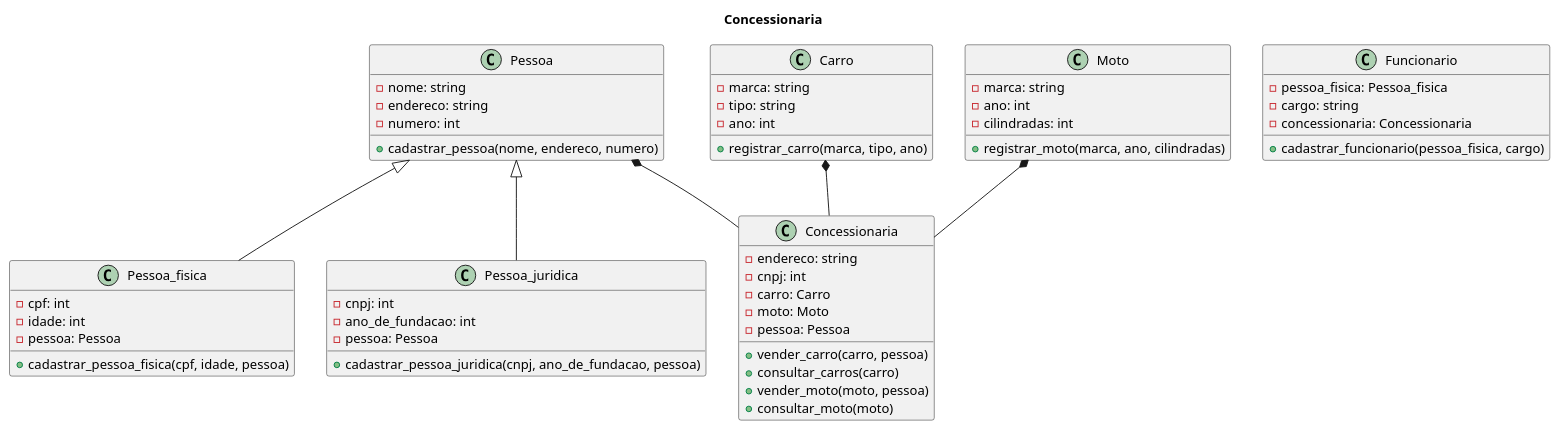
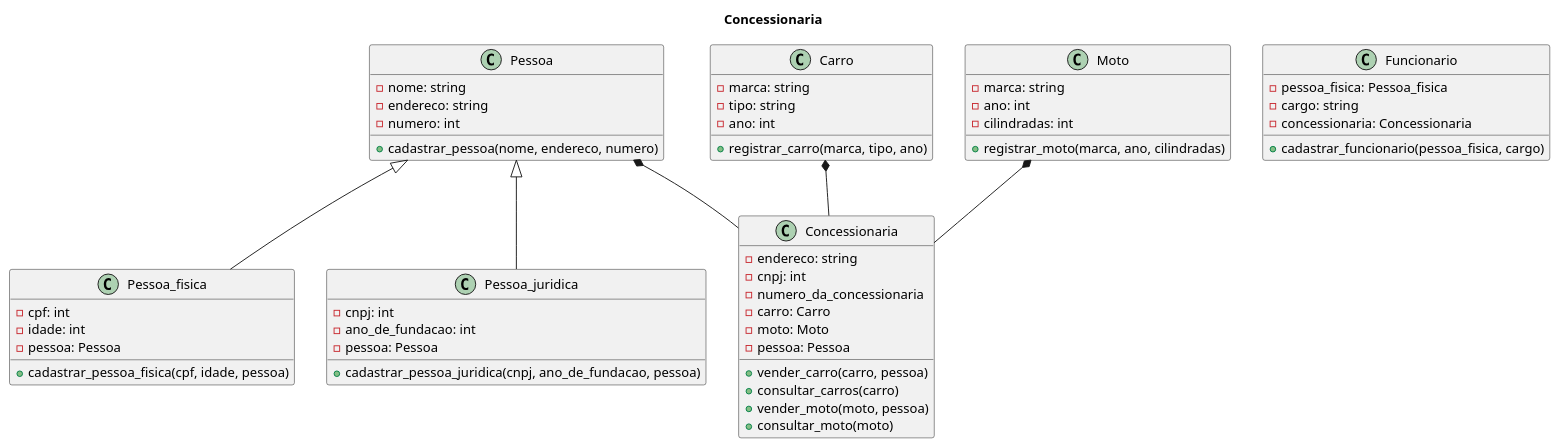
Before and after one commit to anleaes/2023-1-N1-POO-08: the diagram in plantum.plantuml, drawn with PlantUML. The commit also changed 8 other files, not shown here.

```diff
--- a/plantum.plantuml
+++ b/plantum.plantuml
@@ -1,62 +1,63 @@
 @startuml trabalho
 
 title Concessionaria
 
 class Pessoa{
     - nome: string
     - endereco: string
     - numero: int
     + cadastrar_pessoa(nome, endereco, numero)
 
 }
 class Pessoa_fisica{
     - cpf: int
     - idade: int
     - pessoa: Pessoa
     + cadastrar_pessoa_fisica(cpf, idade, pessoa)
 }
 class Pessoa_juridica{
     - cnpj: int
     - ano_de_fundacao: int
     - pessoa: Pessoa
     + cadastrar_pessoa_juridica(cnpj, ano_de_fundacao, pessoa)
 }
 class Funcionario{
     - pessoa_fisica: Pessoa_fisica
     - cargo: string
     - concessionaria: Concessionaria
     + cadastrar_funcionario(pessoa_fisica, cargo)
 }
 class Carro{
     - marca: string
     - tipo: string
     - ano: int
     + registrar_carro(marca, tipo, ano)
 }
 class Moto{
     - marca: string
     - ano: int
     - cilindradas: int
     + registrar_moto(marca, ano, cilindradas)
 
 }
 class Concessionaria{
     - endereco: string
     - cnpj: int
+    - numero_da_concessionaria
     - carro: Carro
     - moto: Moto
     - pessoa: Pessoa
     + vender_carro(carro, pessoa)
     + consultar_carros(carro)
     + vender_moto(moto, pessoa)
     + consultar_moto(moto)
 
 }
 
 Pessoa <|-- Pessoa_fisica
 Pessoa <|-- Pessoa_juridica
 Pessoa *-- Concessionaria
 Carro *--Concessionaria
 Moto *--Concessionaria
 
 @enduml
```
